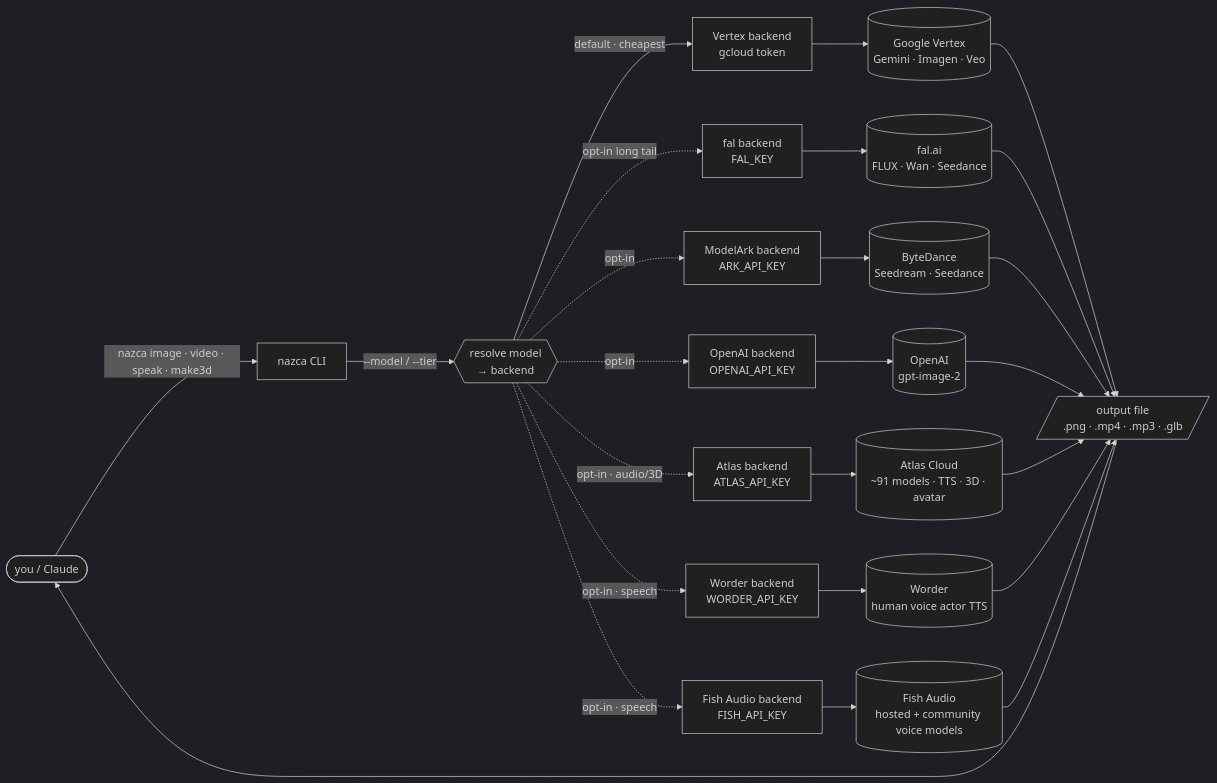
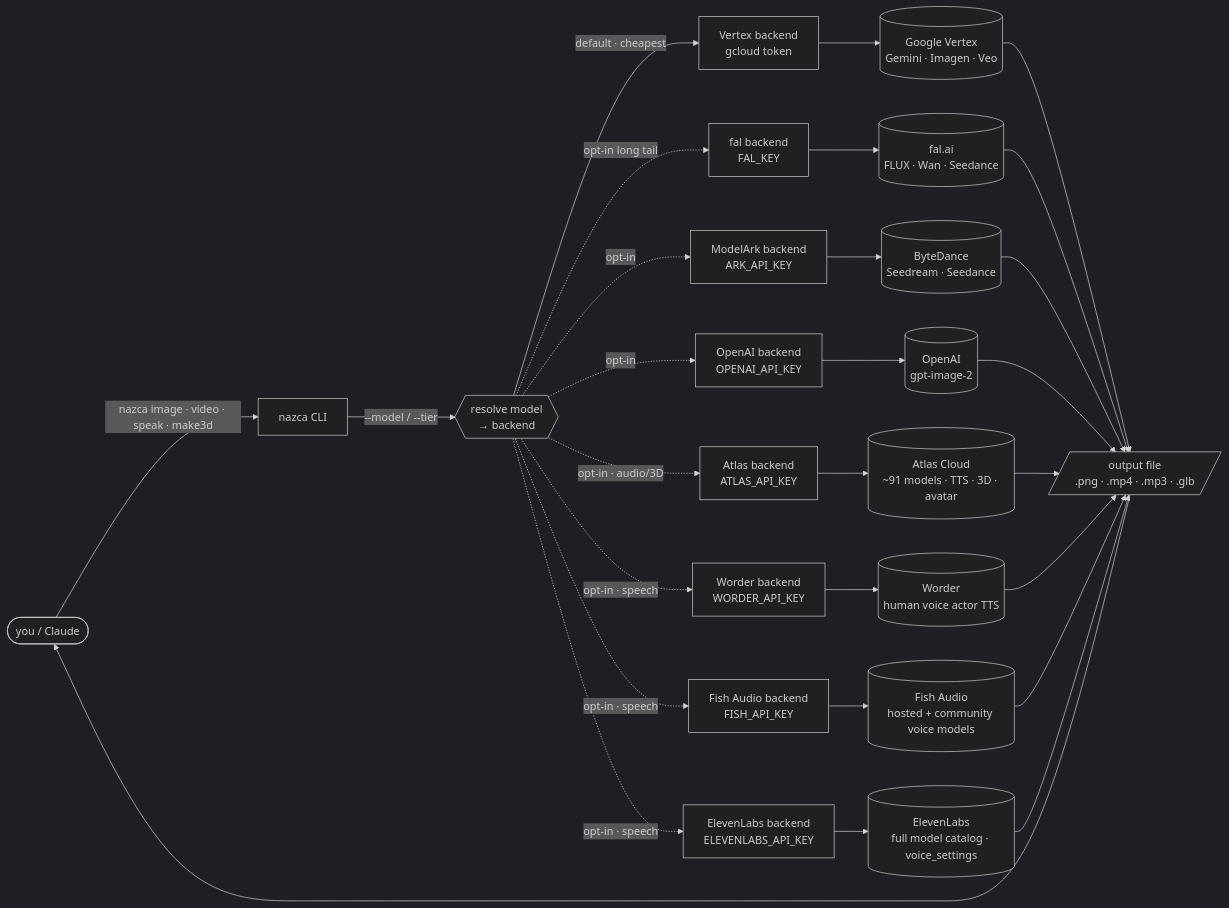
One commit to Mysios-Labs-inc/nazca changed the first of 3 diagrams in README.md. Above: the diagram before and after it, drawn with Mermaid (dark theme). The commit also changed other lines of this file and 15 other files, not shown here.

````diff
--- a/README.md
+++ b/README.md
@@ -46,21 +46,23 @@
 ```mermaid
 flowchart LR
     A([you / Claude]) -->|"nazca image · video · speak · make3d"| CLI[nazca CLI]
     CLI -->|"--model / --tier"| R{{resolve model<br/>→ backend}}
     R -->|default · cheapest| V[Vertex backend<br/>gcloud token]
     R -.->|opt-in long tail| F[fal backend<br/>FAL_KEY]
     R -.->|opt-in| M[ModelArk backend<br/>ARK_API_KEY]
     R -.->|opt-in| OA[OpenAI backend<br/>OPENAI_API_KEY]
     R -.->|opt-in · audio/3D| AT[Atlas backend<br/>ATLAS_API_KEY]
     R -.->|opt-in · speech| WD[Worder backend<br/>WORDER_API_KEY]
     R -.->|opt-in · speech| FI[Fish Audio backend<br/>FISH_API_KEY]
+    R -.->|opt-in · speech| EL[ElevenLabs backend<br/>ELEVENLABS_API_KEY]
     V --> G[(Google Vertex<br/>Gemini · Imagen · Veo)]
     F --> FP[(fal.ai<br/>FLUX · Wan · Seedance)]
     M --> MP[(ByteDance<br/>Seedream · Seedance)]
     OA --> OP[(OpenAI<br/>gpt-image-2)]
     AT --> ATP[(Atlas Cloud<br/>~91 models · TTS · 3D · avatar)]
     WD --> WDP[(Worder<br/>human voice actor TTS)]
     FI --> FIP[(Fish Audio<br/>hosted + community voice models)]
-    G & FP & MP & OP & ATP & WDP & FIP --> O[/output file<br/>.png · .mp4 · .mp3 · .glb/]
+    EL --> ELP[(ElevenLabs<br/>full model catalog · voice_settings)]
+    G & FP & MP & OP & ATP & WDP & FIP & ELP --> O[/output file<br/>.png · .mp4 · .mp3 · .glb/]
     O --> A
 ```
````
